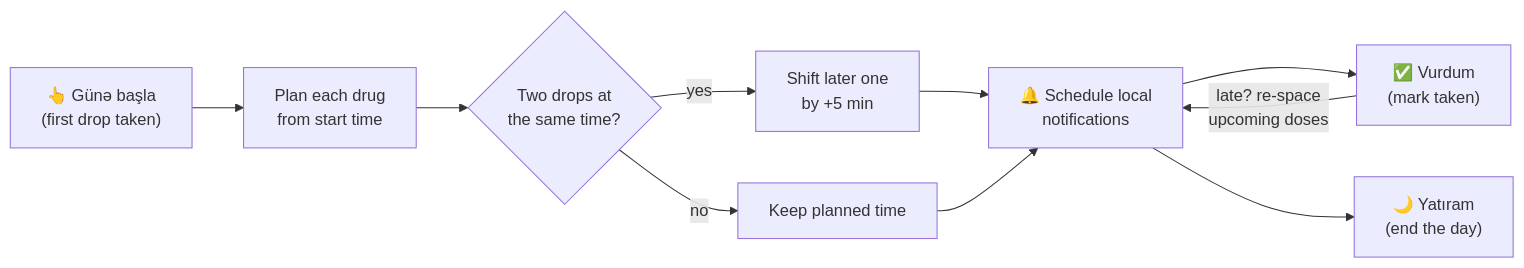
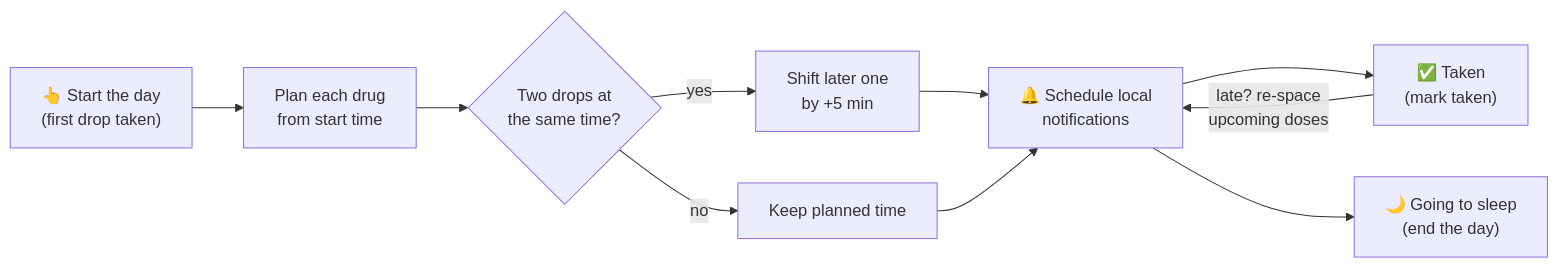
One commit to bahramzada/dermanchi changed the diagram in README.md. Above: the diagram before and after it, drawn with Mermaid. The commit also changed other lines of this file and 12 other files, not shown here.

````diff
--- a/README.md
+++ b/README.md
@@ -115,12 +142,12 @@
 ```mermaid
 flowchart LR
-    A["👆 Günə başla<br/>(first drop taken)"] --> B["Plan each drug<br/>from start time"]
+    A["👆 Start the day<br/>(first drop taken)"] --> B["Plan each drug<br/>from start time"]
     B --> C{"Two drops at<br/>the same time?"}
     C -- yes --> D["Shift later one<br/>by +5 min"]
     C -- no --> E["Keep planned time"]
     D --> F["🔔 Schedule local<br/>notifications"]
     E --> F
-    F --> G["✅ Vurdum<br/>(mark taken)"]
+    F --> G["✅ Taken<br/>(mark taken)"]
     G -->|"late? re-space<br/>upcoming doses"| F
-    F --> H["🌙 Yatıram<br/>(end the day)"]
+    F --> H["🌙 Going to sleep<br/>(end the day)"]
 ```
````
